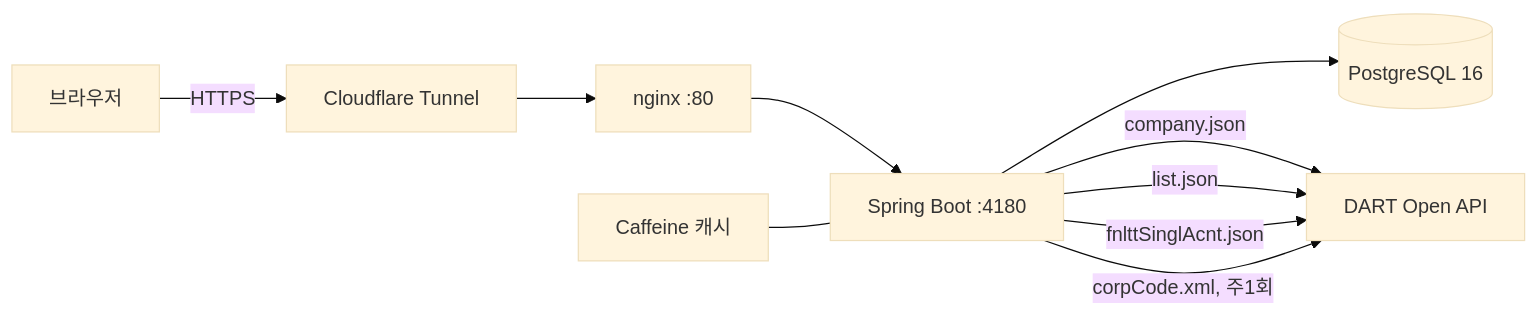
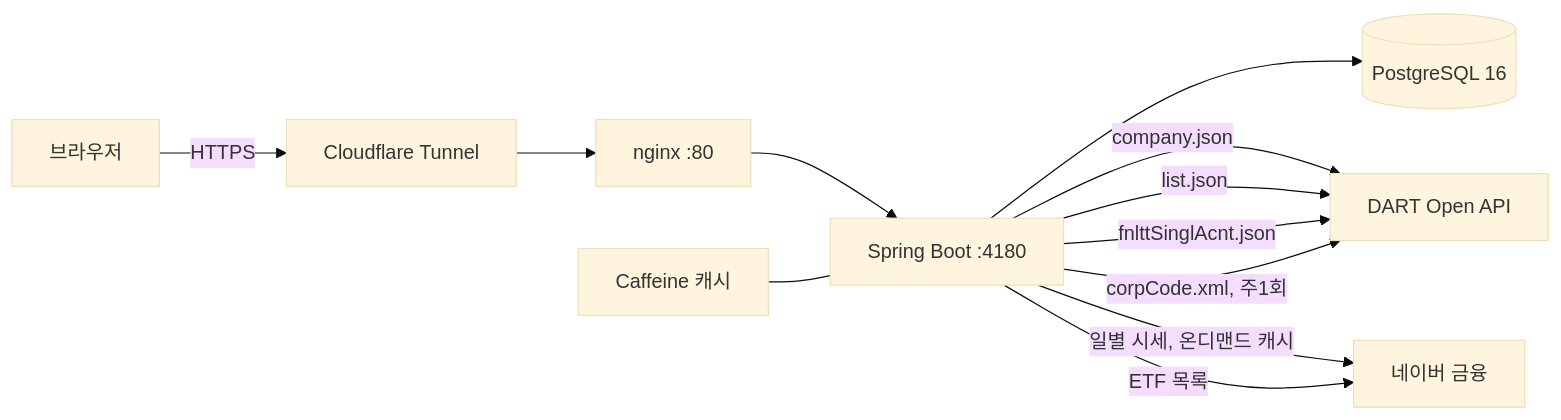
One commit to wnstjqaodls/MKDP changed the first of 2 diagrams in docs/ARCHITECTURE.md. Above: the diagram before and after it, drawn with Mermaid (base theme). The commit also changed other lines of this file and 1 other file, not shown here.

````diff
--- a/docs/ARCHITECTURE.md
+++ b/docs/ARCHITECTURE.md
@@ -5,12 +5,14 @@
 ```mermaid
 flowchart LR
     U[브라우저] -->|HTTPS| T[Cloudflare Tunnel]
     T --> N[nginx :80]
     N --> S[Spring Boot :4180]
     S --> P[(PostgreSQL 16)]
     S -->|company.json| D[DART Open API]
     S -->|list.json| D
     S -->|fnlttSinglAcnt.json| D
     S -->|corpCode.xml, 주1회| D
+    S -->|일별 시세, 온디맨드 캐시| V[네이버 금융]
+    S -->|ETF 목록| V
     Cache[Caffeine 캐시] --- S
 ```
````
